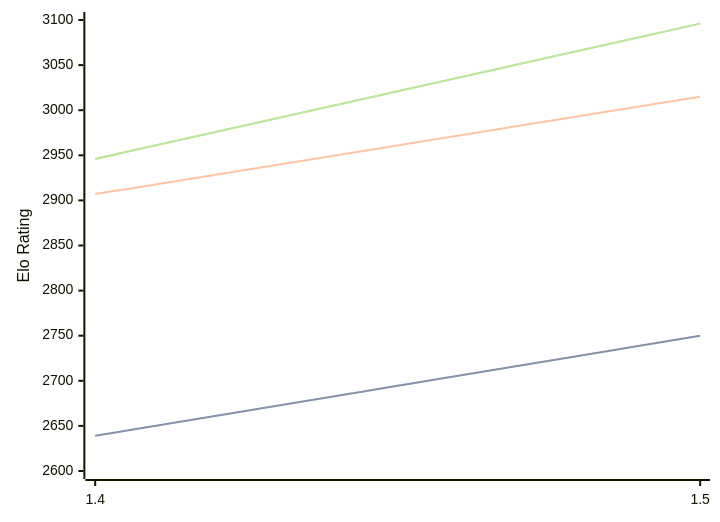
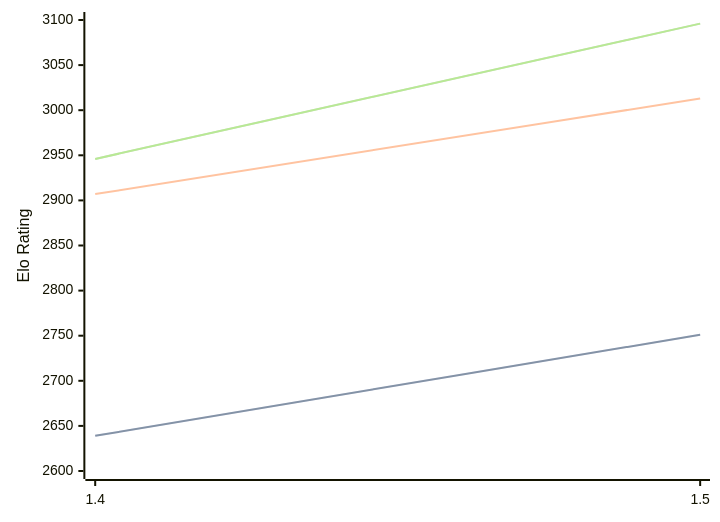
The diagram in engines/Yakka.md (computer-chess-index/cci), drawn with Mermaid before and after one commit. The commit also changed other lines of this file, not shown here.

````diff
--- a/engines/Yakka.md
+++ b/engines/Yakka.md
@@ -36,11 +36,11 @@
 ```mermaid
 %%{init: {"theme":"base","themeVariables":{"seriesColors:['#a3a3a3','#222221','#faa371']}}}%%
 xychart-beta
   x-axis ["1.4", "1.5"]
   y-axis "Elo Rating" 2600 --> 3100
-  line "STC (8.0+0.08s)" [2639, 2750]
-  line "STC (8.0+0.08s)" [2639, 2750]
-  line "LTC (60.0+0.60s)" [2907, 3015]
+  line "STC (8.0+0.08s)" [2639, 2751]
+  line "STC (8.0+0.08s)" [2639, 2751]
+  line "LTC (60.0+0.60s)" [2907, 3013]
   line "VLTC (2m24s+1.12s)" [2946, 3096]
   line "VLTC (2m24s+1.12s)" [2946, 3096]
 ```
````
